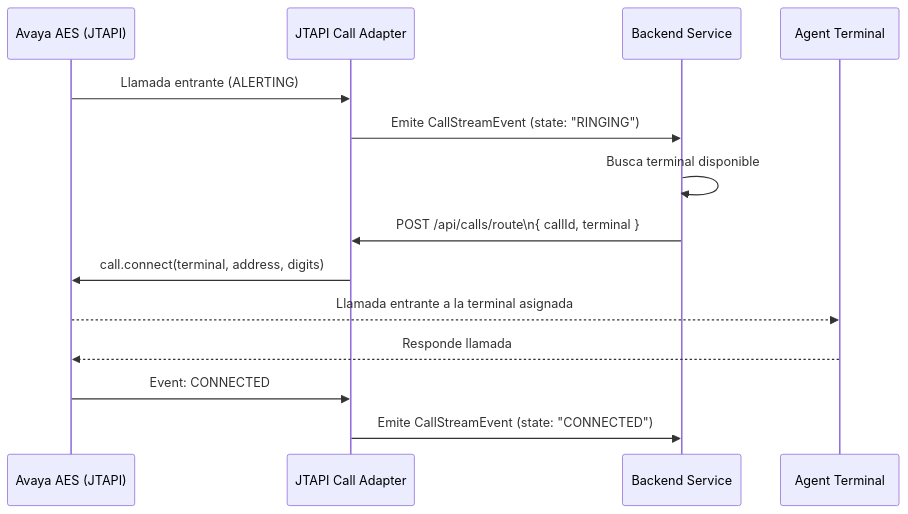
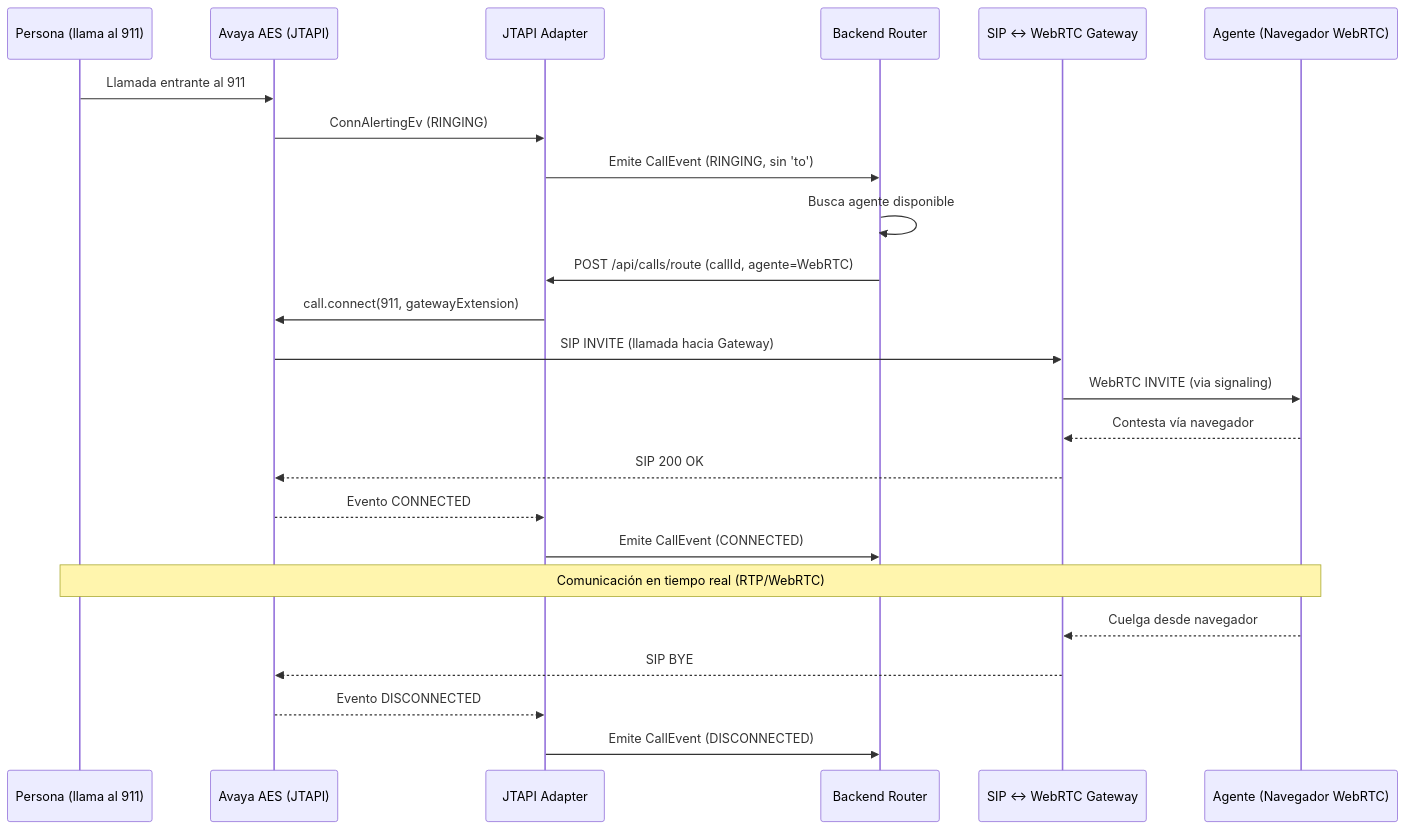
The diagram in README.md (DSID2025/cad-avaya), drawn with Mermaid before and after one commit. The commit also changed other lines of this file, not shown here.

Commit message:
feat: Enhance README with detailed call flow and participant roles for JTAPI adapter

````diff
--- a/README.md
+++ b/README.md
@@ -15,17 +18,29 @@
 ```mermaid
+
 sequenceDiagram
-participant Avaya as Avaya AES (JTAPI)
-participant Adapter as JTAPI Call Adapter
-participant Backend as Backend Service
-participant Agent as Agent Terminal
-    Avaya->>Adapter: Llamada entrante (ALERTING)
-    Adapter->>Backend: Emite CallStreamEvent (state: "RINGING")
-    Backend->>Backend: Busca terminal disponible
-    Backend->>Adapter: POST /api/calls/route\n{ callId, terminal }
-    Adapter->>Avaya: call.connect(terminal, address, digits)
-    Avaya-->>Agent: Llamada entrante a la terminal asignada
-    Agent-->>Avaya: Responde llamada
-    Avaya->>Adapter: Event: CONNECTED
-    Adapter->>Backend: Emite CallStreamEvent (state: "CONNECTED")
+    participant Persona as Persona (llama al 911)
+    participant Avaya as Avaya AES (JTAPI)
+    participant Adapter as JTAPI Adapter
+    participant Backend as Backend Router
+    participant Gateway as SIP ↔ WebRTC Gateway
+    participant Agente as Agente (Navegador WebRTC)
+
+    Persona->>Avaya: Llamada entrante al 911
+    Avaya->>Adapter: ConnAlertingEv (RINGING)
+    Adapter->>Backend: Emite CallEvent (RINGING, sin 'to')
+    Backend->>Backend: Busca agente disponible
+    Backend->>Adapter: POST /api/calls/route (callId, agente=WebRTC)
+    Adapter->>Avaya: call.connect(911, gatewayExtension)
+    Avaya->>Gateway: SIP INVITE (llamada hacia Gateway)
+    Gateway->>Agente: WebRTC INVITE (via signaling)
+    Agente-->>Gateway: Contesta vía navegador
+    Gateway-->>Avaya: SIP 200 OK
+    Avaya-->>Adapter: Evento CONNECTED
+    Adapter->>Backend: Emite CallEvent (CONNECTED)
+    Note over Persona,Agente: Comunicación en tiempo real (RTP/WebRTC)
+    Agente-->>Gateway: Cuelga desde navegador
+    Gateway-->>Avaya: SIP BYE
+    Avaya-->>Adapter: Evento DISCONNECTED
+    Adapter->>Backend: Emite CallEvent (DISCONNECTED)
 
 ```
````
